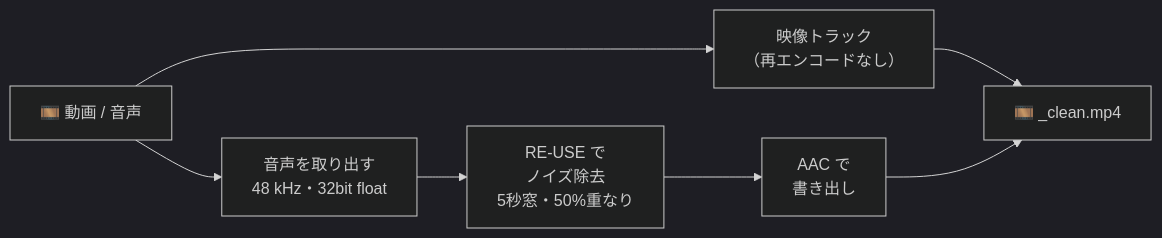
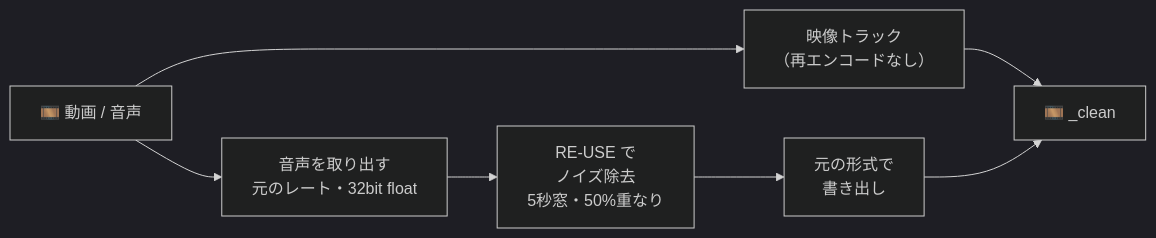
The diagram in README.md (wildriver/VoiceCleaner), drawn with Mermaid (dark theme) before and after one commit. The commit also changed other lines of this file and 2 other files, not shown here.

````diff
--- a/README.md
+++ b/README.md
@@ -60,9 +60,9 @@
 ```mermaid
 flowchart LR
-    A["🎞️ 動画 / 音声"] --> B["音声を取り出す<br/>48 kHz・32bit float"]
+    A["🎞️ 動画 / 音声"] --> B["音声を取り出す<br/>元のレート・32bit float"]
     A --> V["映像トラック<br/>（再エンコードなし）"]
     B --> C["RE-USE で<br/>ノイズ除去<br/>5秒窓・50%重なり"]
-    C --> D["AAC で<br/>書き出し"]
-    V --> E["🎞️ _clean.mp4"]
+    C --> D["元の形式で<br/>書き出し"]
+    V --> E["🎞️ _clean"]
     D --> E
 ```
````
